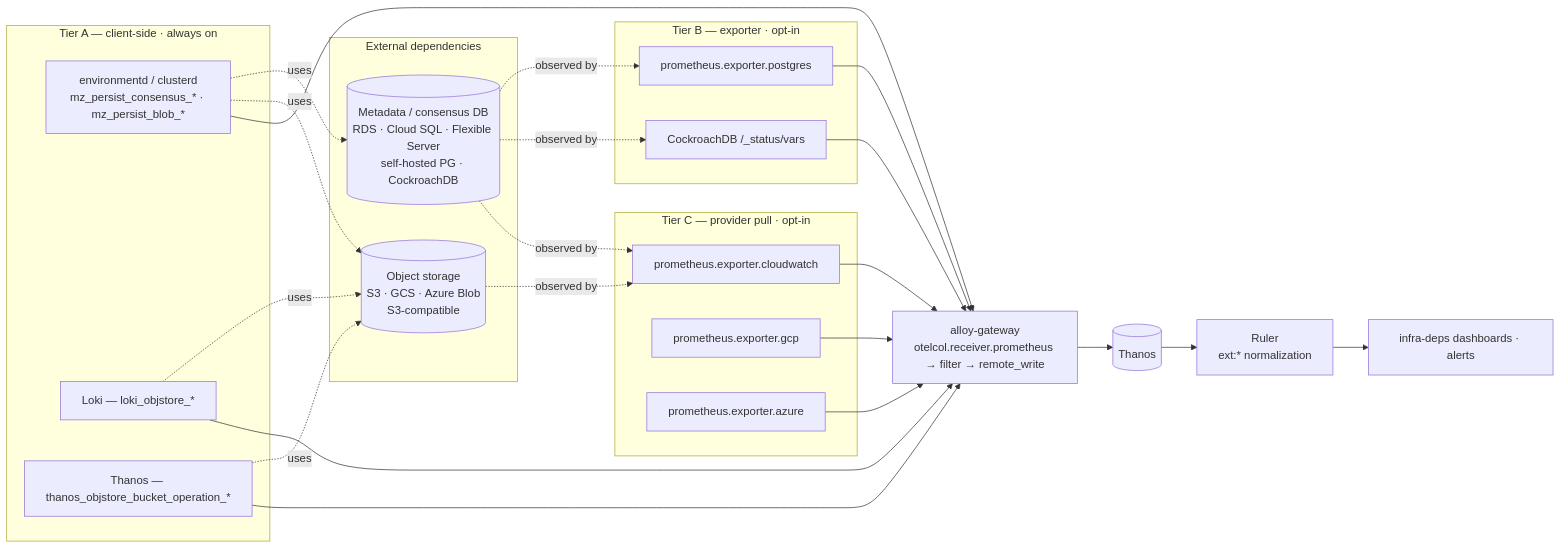
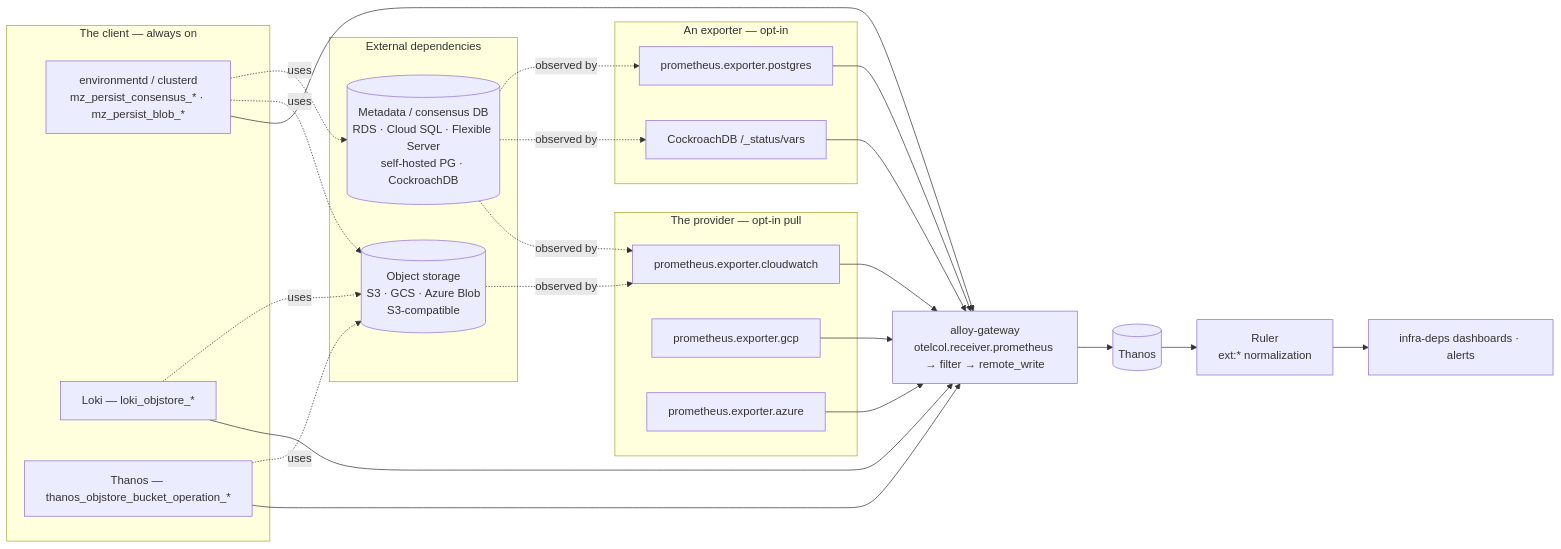
The diagram in docs/content/reference/internal/design-docs/20260920-external-dependency-monitoring.md (MaterializeInc/materialize-monitoring), drawn with Mermaid before and after one commit. The commit also changed other lines of this file and 1 other file, not shown here.

````diff
--- a/docs/content/reference/internal/design-docs/20260920-external-dependency-monitoring.md
+++ b/docs/content/reference/internal/design-docs/20260920-external-dependency-monitoring.md
@@ -258,48 +291,48 @@
 ```mermaid
 flowchart LR
   subgraph deps["External dependencies"]
     db[("Metadata / consensus DB<br/>RDS · Cloud SQL · Flexible Server<br/>self-hosted PG · CockroachDB")]
     obj[("Object storage<br/>S3 · GCS · Azure Blob<br/>S3-compatible")]
   end
 
-  subgraph a["Tier A — client-side · always on"]
+  subgraph a["The client — always on"]
     mz["environmentd / clusterd<br/>mz_persist_consensus_* · mz_persist_blob_*"]
     lk["Loki — loki_objstore_*"]
     th["Thanos — thanos_objstore_bucket_operation_*"]
   end
 
-  subgraph b["Tier B — exporter · opt-in"]
+  subgraph b["An exporter — opt-in"]
     pgx["prometheus.exporter.postgres"]
     crx["CockroachDB /_status/vars"]
   end
 
-  subgraph c["Tier C — provider pull · opt-in"]
+  subgraph c["The provider — opt-in pull"]
     cw["prometheus.exporter.cloudwatch"]
     gc["prometheus.exporter.gcp"]
     az["prometheus.exporter.azure"]
   end
 
   gw["alloy-gateway<br/>otelcol.receiver.prometheus → filter → remote_write"]
   store[("Thanos")]
   ruler["Ruler<br/>ext:* normalization"]
   dash["infra-deps dashboards · alerts"]
 
   mz -.->|"uses"| db
   mz -.->|"uses"| obj
   lk -.->|"uses"| obj
   th -.->|"uses"| obj
   db -.->|"observed by"| pgx
   db -.->|"observed by"| crx
   db -.->|"observed by"| cw
   obj -.->|"observed by"| cw
 
   mz --> gw
   lk --> gw
   th --> gw
   pgx --> gw
   crx --> gw
   cw --> gw
   gc --> gw
   az --> gw
   gw --> store --> ruler --> dash
 ```
````
